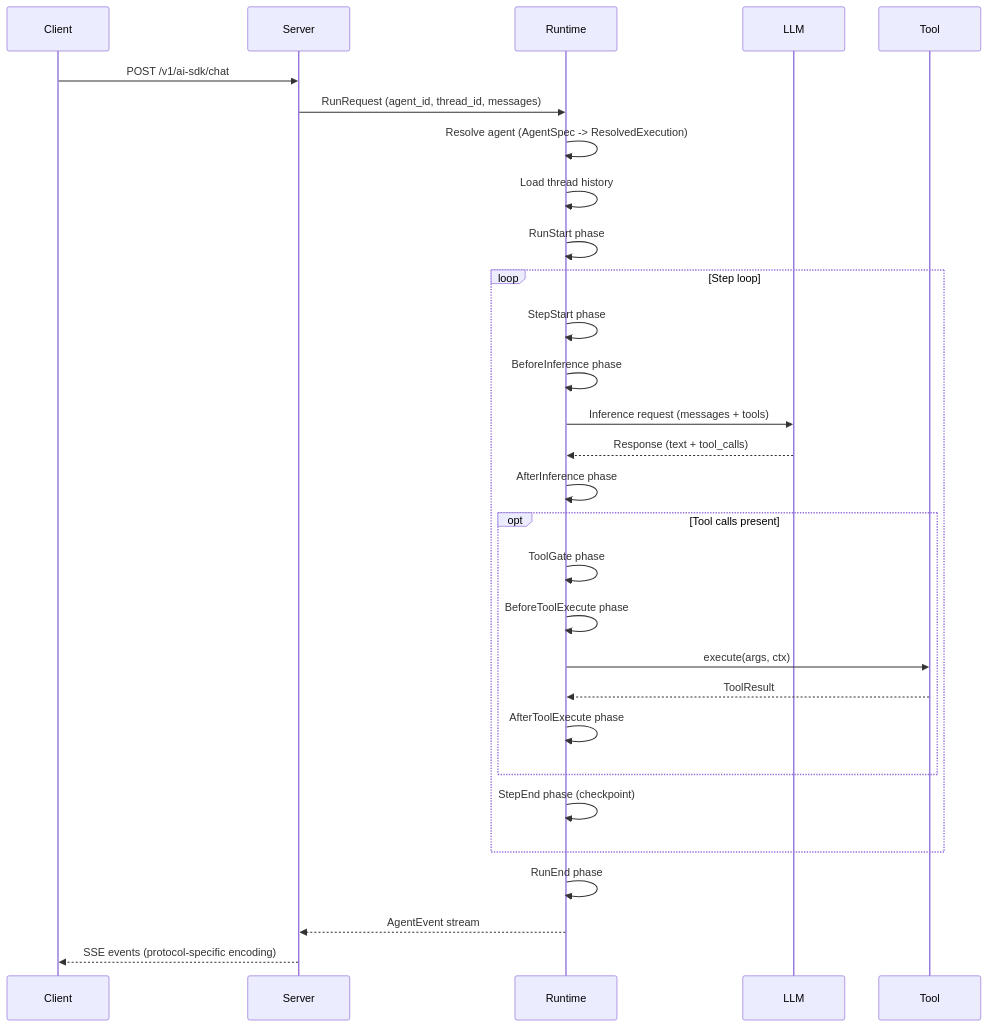
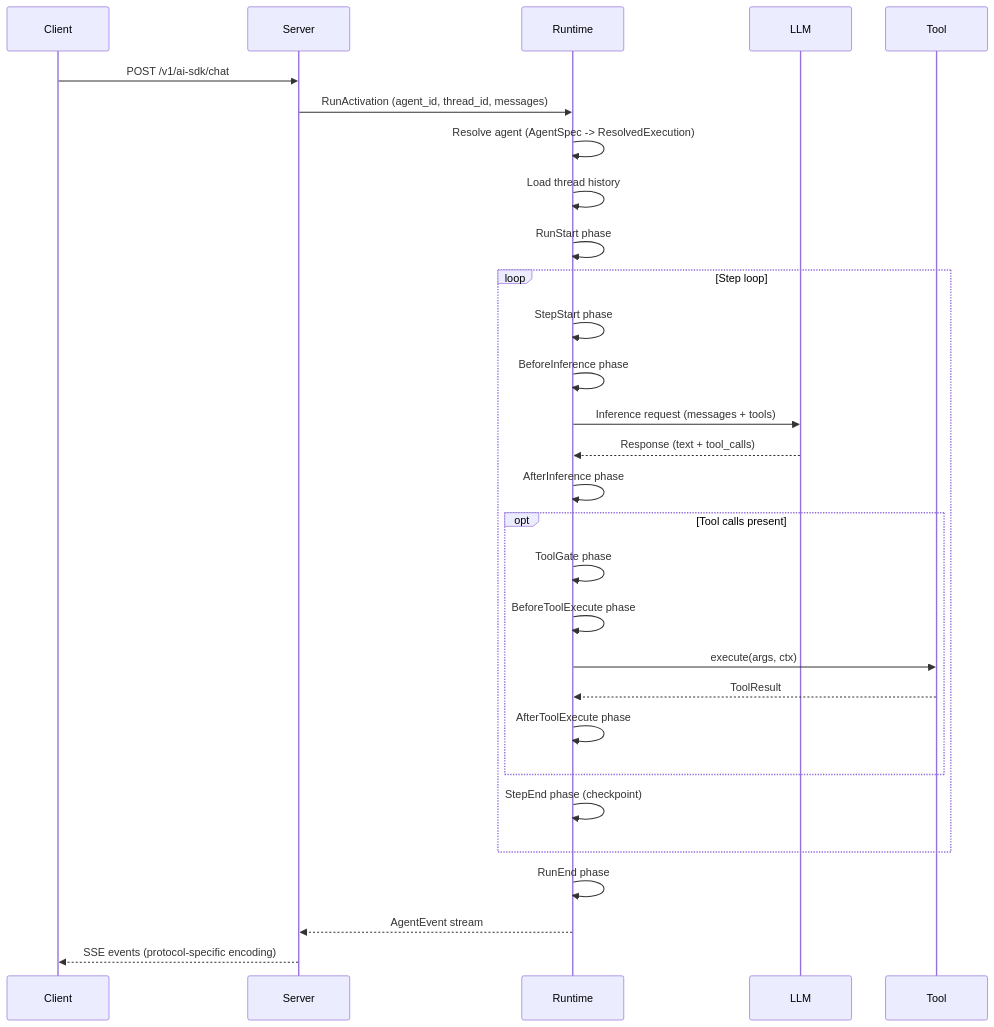
Before and after one commit to awakenworks/awaken: the diagram in apps/www/src/content/docs/explanation/architecture.md, drawn with Mermaid. The commit also changed 27 other files, not shown here.

````diff
--- a/apps/www/src/content/docs/explanation/architecture.md
+++ b/apps/www/src/content/docs/explanation/architecture.md
@@ -35,32 +35,32 @@
 ```mermaid
 sequenceDiagram
     participant Client
     participant Server
     participant Runtime
     participant LLM
     participant Tool
 
     Client->>Server: POST /v1/ai-sdk/chat
-    Server->>Runtime: RunRequest (agent_id, thread_id, messages)
+    Server->>Runtime: RunActivation (agent_id, thread_id, messages)
     Runtime->>Runtime: Resolve agent (AgentSpec -> ResolvedExecution)
     Runtime->>Runtime: Load thread history
     Runtime->>Runtime: RunStart phase
     loop Step loop
         Runtime->>Runtime: StepStart phase
         Runtime->>Runtime: BeforeInference phase
         Runtime->>LLM: Inference request (messages + tools)
         LLM-->>Runtime: Response (text + tool_calls)
         Runtime->>Runtime: AfterInference phase
         opt Tool calls present
             Runtime->>Runtime: ToolGate phase
             Runtime->>Runtime: BeforeToolExecute phase
             Runtime->>Tool: execute(args, ctx)
             Tool-->>Runtime: ToolResult
             Runtime->>Runtime: AfterToolExecute phase
         end
         Runtime->>Runtime: StepEnd phase (checkpoint)
     end
     Runtime->>Runtime: RunEnd phase
     Runtime-->>Server: AgentEvent stream
     Server-->>Client: SSE events (protocol-specific encoding)
 ```
````
